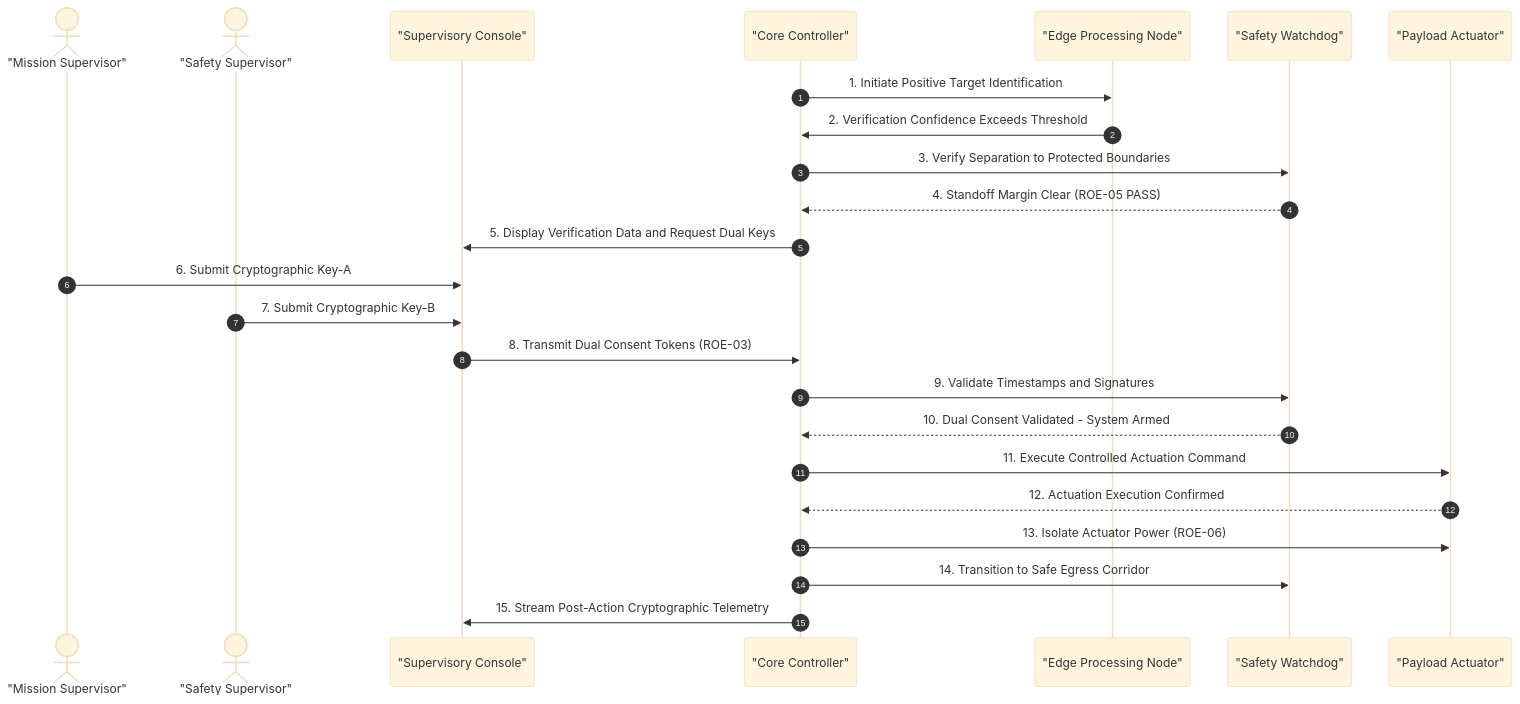
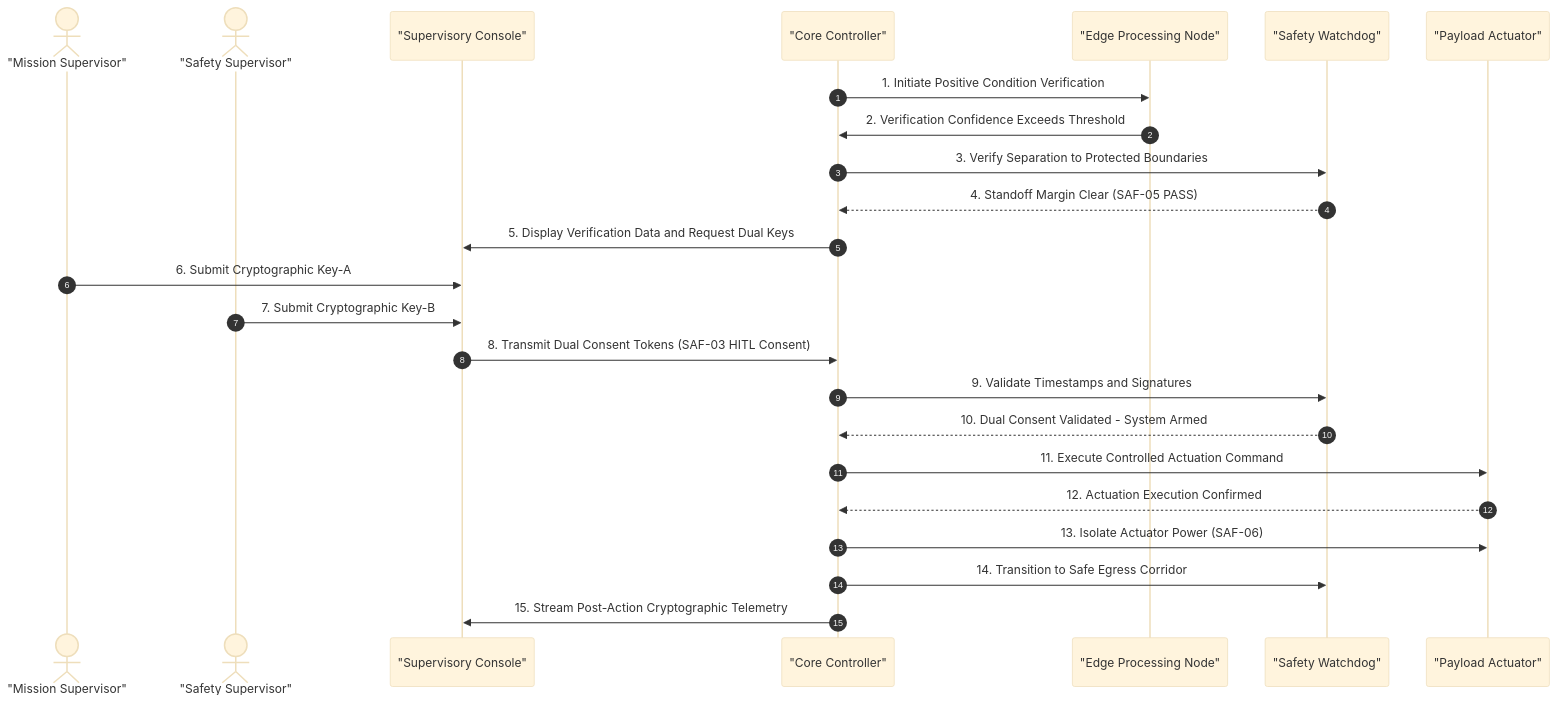
The fifth of 6 diagrams in skills/spec-conops-engineering/resources/units/conops/09_SCENARIOS_AND_TIMELINES.md (gintatkinson/DEAP01-spec-core), drawn with Mermaid (base theme) before and after one commit. The commit also changed other lines of this file and 4 other files, not shown here.

Commit message:
fix(spec-conops,templates): mandate human-in-the-loop consent gates in mission sequences (refs #263)

````diff
--- a/skills/spec-conops-engineering/resources/units/conops/09_SCENARIOS_AND_TIMELINES.md
+++ b/skills/spec-conops-engineering/resources/units/conops/09_SCENARIOS_AND_TIMELINES.md
@@ -183,27 +183,27 @@
 ```mermaid
 sequenceDiagram
     autonumber
     actor MissionSup as "Mission Supervisor"
     actor SafetySup as "Safety Supervisor"
     participant Console as "Supervisory Console"
     participant Controller as "Core Controller"
     participant EdgeNode as "Edge Processing Node"
     participant Watchdog as "Safety Watchdog"
     participant Actuator as "Payload Actuator"
 
-    Controller ->> EdgeNode: 1. Initiate Positive Target Identification
+    Controller ->> EdgeNode: 1. Initiate Positive Condition Verification
     EdgeNode ->> Controller: 2. Verification Confidence Exceeds Threshold
     Controller ->> Watchdog: 3. Verify Separation to Protected Boundaries
-    Watchdog -->> Controller: 4. Standoff Margin Clear (ROE-05 PASS)
+    Watchdog -->> Controller: 4. Standoff Margin Clear (SAF-05 PASS)
     Controller ->> Console: 5. Display Verification Data and Request Dual Keys
     MissionSup ->> Console: 6. Submit Cryptographic Key-A
     SafetySup ->> Console: 7. Submit Cryptographic Key-B
-    Console ->> Controller: 8. Transmit Dual Consent Tokens (ROE-03)
+    Console ->> Controller: 8. Transmit Dual Consent Tokens (SAF-03 HITL Consent)
     Controller ->> Watchdog: 9. Validate Timestamps and Signatures
     Watchdog -->> Controller: 10. Dual Consent Validated - System Armed
     Controller ->> Actuator: 11. Execute Controlled Actuation Command
     Actuator -->> Controller: 12. Actuation Execution Confirmed
-    Controller ->> Actuator: 13. Isolate Actuator Power (ROE-06)
+    Controller ->> Actuator: 13. Isolate Actuator Power (SAF-06)
     Controller ->> Watchdog: 14. Transition to Safe Egress Corridor
     Controller ->> Console: 15. Stream Post-Action Cryptographic Telemetry
 ```
````
